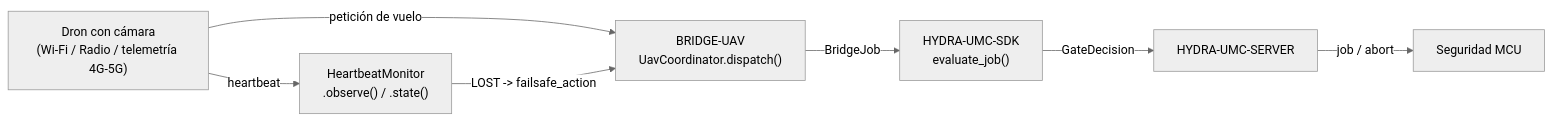
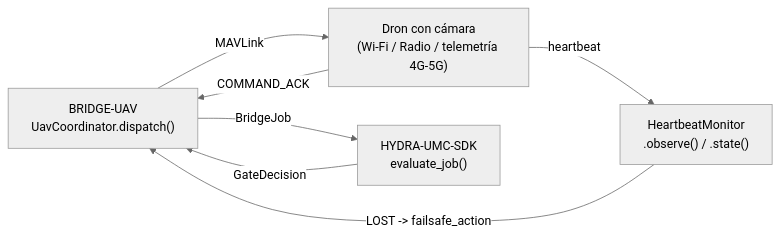
The diagram in README_spa.md (JuanenRac/HYDRA-UMC-BRIDGE-UAV), drawn with Mermaid (neutral theme) before and after one commit. The commit also changed other lines of this file and 23 other files, not shown here.

Commit message:
Explicit altitude frame and COMMAND_INT for waypoints, flight envelope, safe-state requests that always get through, DISARM and ACK matching (0.1.1)

````diff
--- a/README_spa.md
+++ b/README_spa.md
@@ -50,9 +51,9 @@
 ```mermaid
 flowchart LR
-    UAV["Dron con cámara<br/>(Wi-Fi / Radio / telemetría 4G-5G)"] -- "petición de vuelo" --> BRIDGE["BRIDGE-UAV<br/>UavCoordinator.dispatch()"]
+    BRIDGE["BRIDGE-UAV<br/>UavCoordinator.dispatch()"] -- "MAVLink" --> UAV["Dron con cámara<br/>(Wi-Fi / Radio / telemetría 4G-5G)"]
+    UAV -- "COMMAND_ACK" --> BRIDGE
     UAV -- "heartbeat" --> HB["HeartbeatMonitor<br/>.observe() / .state()"]
     HB -- "LOST -> failsafe_action" --> BRIDGE
     BRIDGE -- BridgeJob --> SDK["HYDRA-UMC-SDK<br/>evaluate_job()"]
-    SDK -- GateDecision --> SERVER["HYDRA-UMC-SERVER"]
-    SERVER -- "job / abort" --> MCU["Seguridad MCU"]
+    SDK -- GateDecision --> BRIDGE
 ```
````
